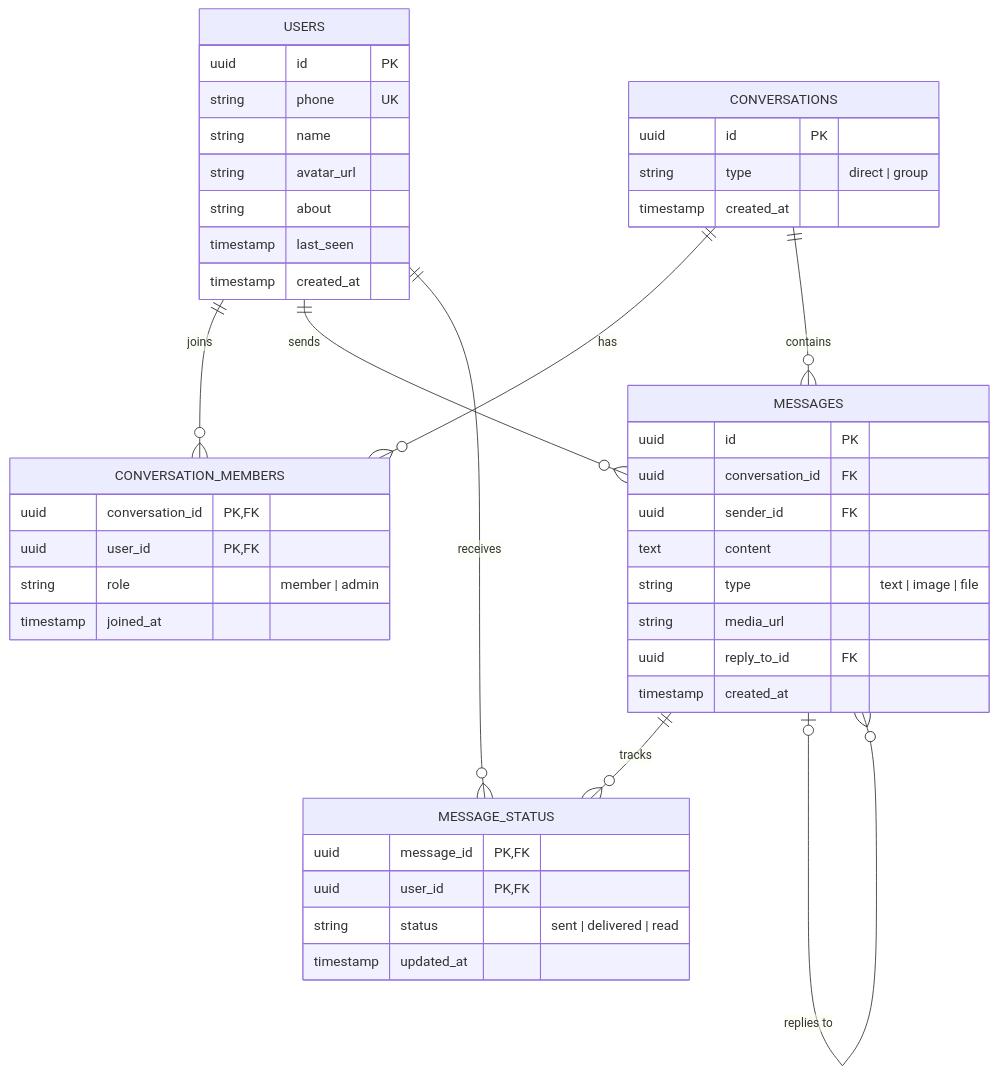
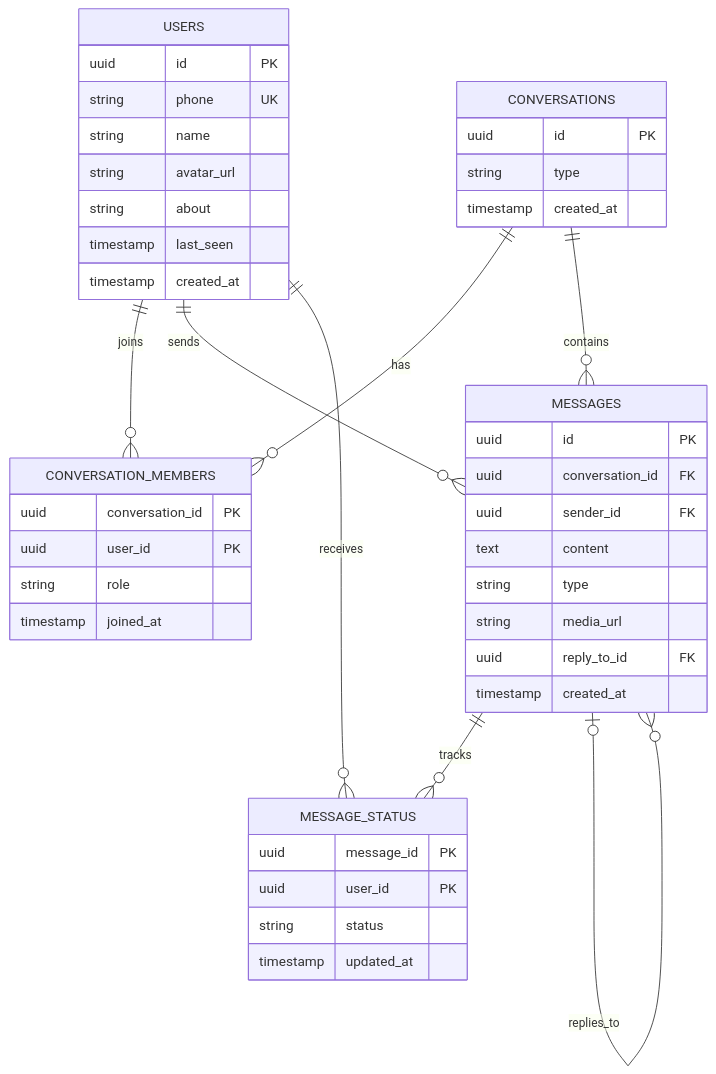
The second of 2 diagrams in README.md (coolUser2006/Whatsapp-backend), drawn with Mermaid before and after one commit. The commit also changed other lines of this file, not shown here.

````diff
--- a/README.md
+++ b/README.md
@@ -4,51 +39,47 @@
 ```mermaid
 erDiagram
-    USERS ||--o{ CONVERSATION_MEMBERS : "joins"
-    CONVERSATIONS ||--o{ CONVERSATION_MEMBERS : "has"
-    CONVERSATIONS ||--o{ MESSAGES : "contains"
-    USERS ||--o{ MESSAGES : "sends"
-    MESSAGES ||--o{ MESSAGE_STATUS : "tracks"
-    USERS ||--o{ MESSAGE_STATUS : "receives"
-    MESSAGES |o--o{ MESSAGES : "replies to"
+    USERS ||--o{ CONVERSATION_MEMBERS : joins
+    CONVERSATIONS ||--o{ CONVERSATION_MEMBERS : has
+    CONVERSATIONS ||--o{ MESSAGES : contains
+    USERS ||--o{ MESSAGES : sends
+    MESSAGES ||--o{ MESSAGE_STATUS : tracks
+    USERS ||--o{ MESSAGE_STATUS : receives
+    MESSAGES |o--o{ MESSAGES : replies_to
 
     USERS {
         uuid id PK
         string phone UK
         string name
         string avatar_url
         string about
         timestamp last_seen
         timestamp created_at
     }
-
     CONVERSATIONS {
         uuid id PK
-        string type "direct | group"
+        string type
         timestamp created_at
     }
-
     CONVERSATION_MEMBERS {
-        uuid conversation_id PK, FK
-        uuid user_id PK, FK
-        string role "member | admin"
+        uuid conversation_id PK
+        uuid user_id PK
+        string role
         timestamp joined_at
     }
-
     MESSAGES {
         uuid id PK
         uuid conversation_id FK
         uuid sender_id FK
         text content
-        string type "text | image | file"
+        string type
         string media_url
         uuid reply_to_id FK
         timestamp created_at
     }
-
     MESSAGE_STATUS {
-        uuid message_id PK, FK
-        uuid user_id PK, FK
-        string status "sent | delivered | read"
+        uuid message_id PK
+        uuid user_id PK
+        string status
         timestamp updated_at
     }
 ```
````
